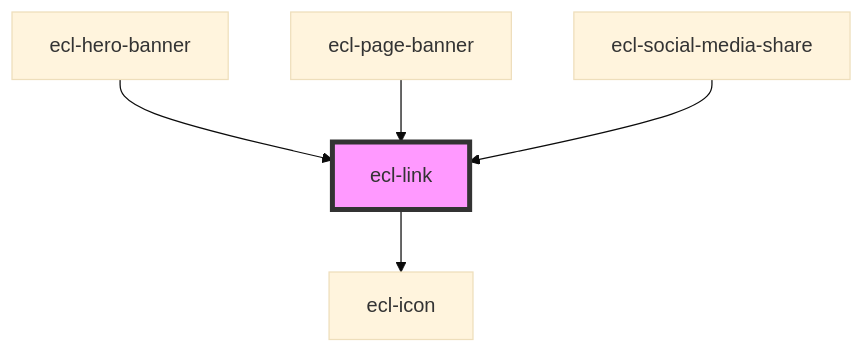
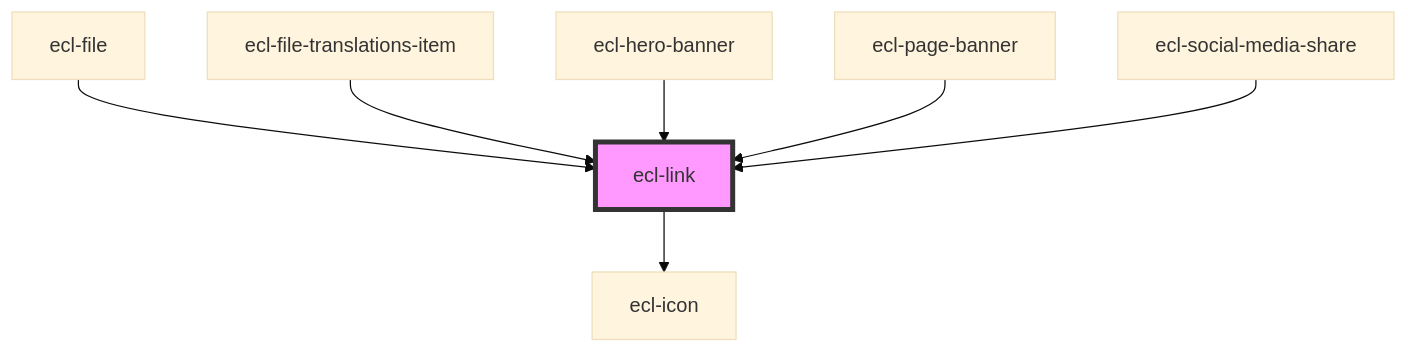
One commit to ec-europa/ecl-webcomponents changed the diagram in src/components/ecl-link/readme.md. Above: the diagram before and after it, drawn with Mermaid (base theme). The commit also changed other lines of this file and 25 other files, not shown here.

````diff
--- a/src/components/ecl-link/readme.md
+++ b/src/components/ecl-link/readme.md
@@ -33,8 +35,10 @@
 ```mermaid
 graph TD;
   ecl-link --> ecl-icon
+  ecl-file --> ecl-link
+  ecl-file-translations-item --> ecl-link
   ecl-hero-banner --> ecl-link
   ecl-page-banner --> ecl-link
   ecl-social-media-share --> ecl-link
   style ecl-link fill:#f9f,stroke:#333,stroke-width:4px
 ```
````
